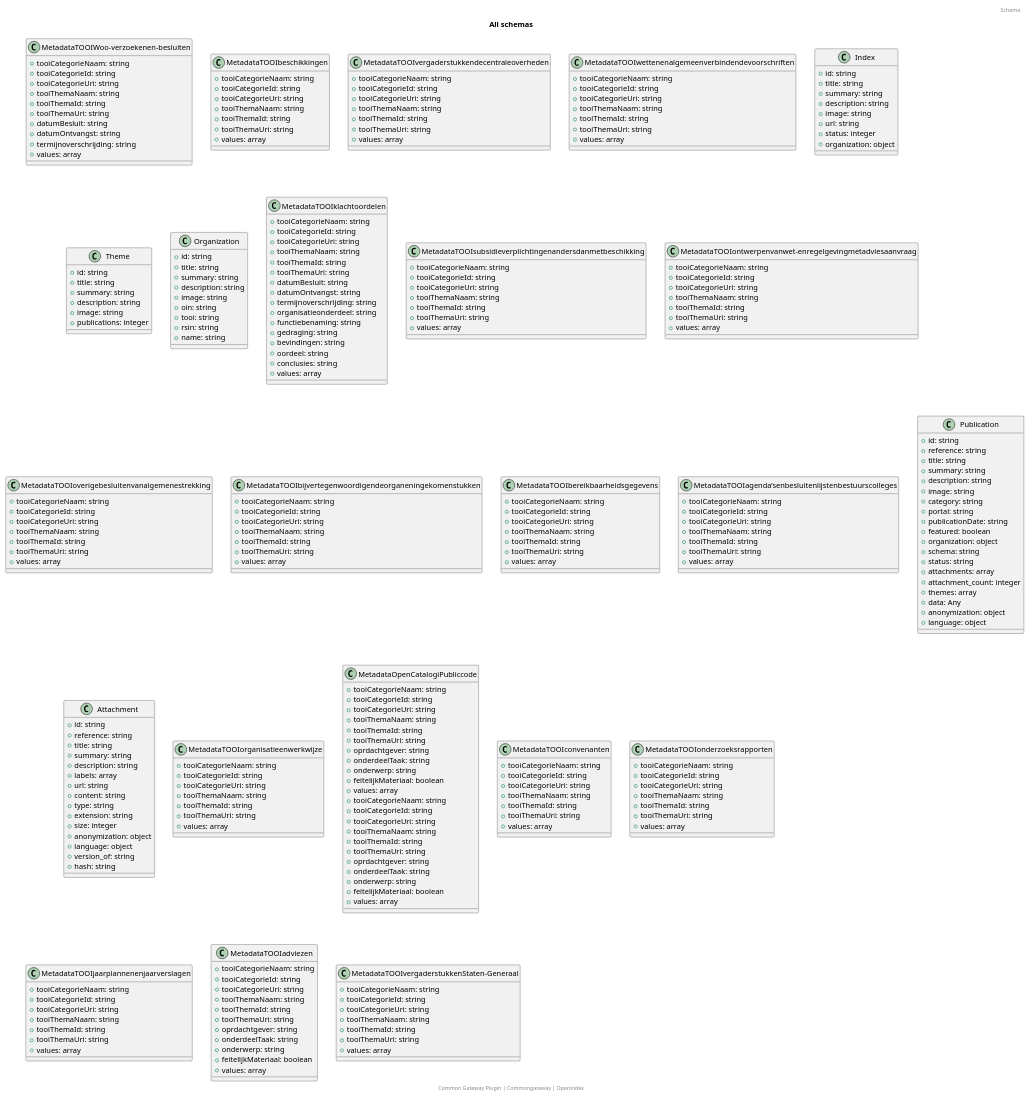
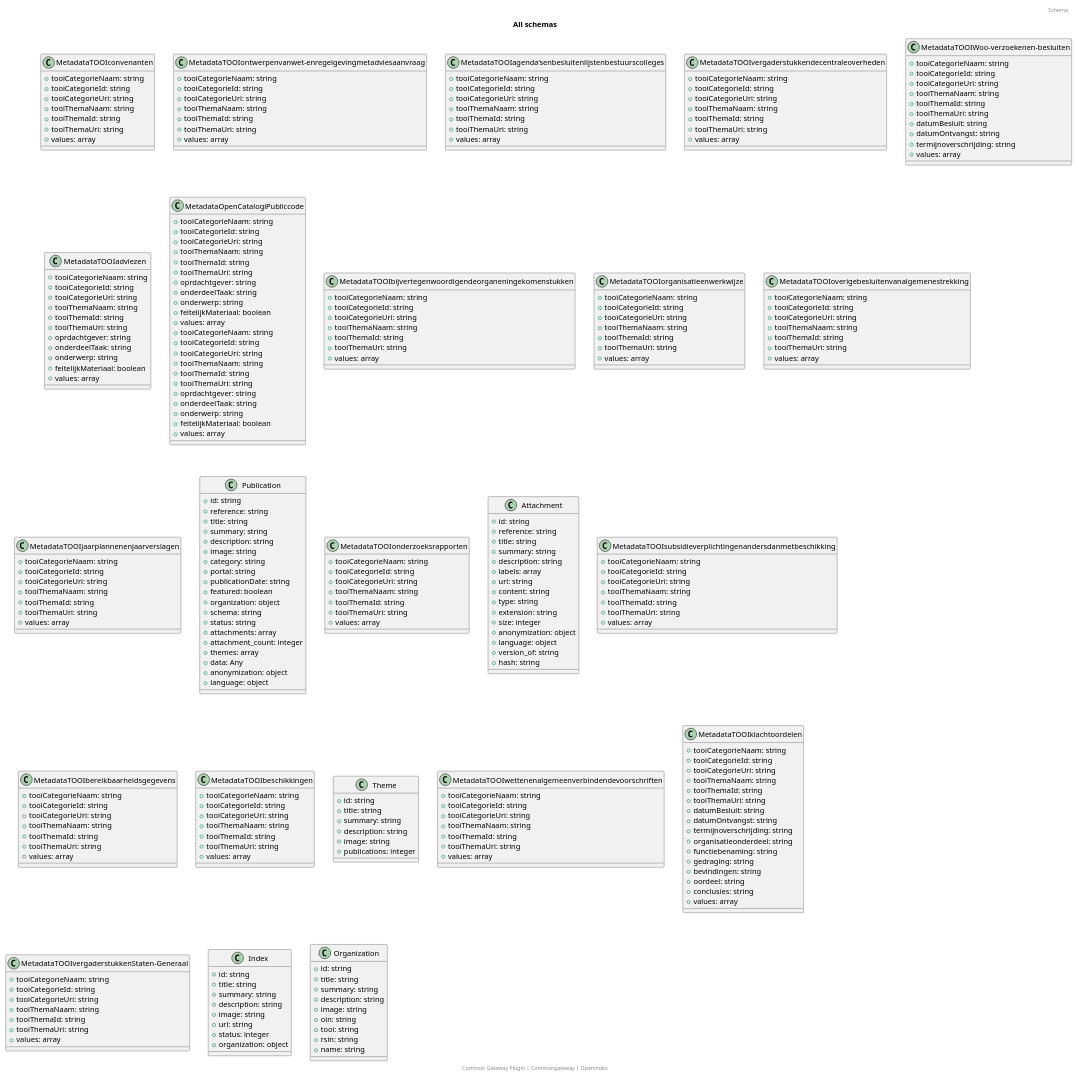
One commit to CommonGateway/OpenIndex changed the diagram in docs/schema/all_schema_classes.puml. Above: the diagram before and after it, drawn with PlantUML. The commit also changed other lines of this file and 1 other file, not shown here.

```diff
--- a/docs/schema/all_schema_classes.puml
+++ b/docs/schema/all_schema_classes.puml
@@ -2,19 +2,25 @@
 title: All schemas
 footer: Common Gateway Plugin | Commongateway | Openindex 
 header: Schema
-class MetadataTOOIWoo-verzoekenen-besluiten {
+class MetadataTOOIconvenanten {
   + tooiCategorieNaam: string
   + tooiCategorieId: string
   + tooiCategorieUri: string
   + tooiThemaNaam: string
   + tooiThemaId: string
   + tooiThemaUri: string
-  + datumBesluit: string
-  + datumOntvangst: string
-  + termijnoverschrijding: string
   + values: array
 }
-class MetadataTOOIbeschikkingen {
+class MetadataTOOIontwerpenvanwet-enregelgevingmetadviesaanvraag {
+  + tooiCategorieNaam: string
+  + tooiCategorieId: string
+  + tooiCategorieUri: string
+  + tooiThemaNaam: string
+  + tooiThemaId: string
+  + tooiThemaUri: string
+  + values: array
+}
+class MetadataTOOIagenda’senbesluitenlijstenbestuurscolleges {
   + tooiCategorieNaam: string
   + tooiCategorieId: string
   + tooiCategorieUri: string
@@ -32,45 +38,7 @@
   + tooiThemaUri: string
   + values: array
 }
-class MetadataTOOIwettenenalgemeenverbindendevoorschriften {
-  + tooiCategorieNaam: string
-  + tooiCategorieId: string
-  + tooiCategorieUri: string
-  + tooiThemaNaam: string
-  + tooiThemaId: string
-  + tooiThemaUri: string
-  + values: array
-}
-class Index {
-  + id: string
-  + title: string
-  + summary: string
-  + description: string
-  + image: string
-  + url: string
-  + status: integer
-  + organization: object
-}
-class Theme {
-  + id: string
-  + title: string
-  + summary: string
-  + description: string
-  + image: string
-  + publications: integer
-}
-class Organization {
-  + id: string
-  + title: string
-  + summary: string
-  + description: string
-  + image: string
-  + oin: string
-  + tooi: string
-  + rsin: string
-  + name: string
-}
-class MetadataTOOIklachtoordelen {
+class MetadataTOOIWoo-verzoekenen-besluiten {
   + tooiCategorieNaam: string
   + tooiCategorieId: string
   + tooiCategorieUri: string
@@ -80,153 +48,6 @@
   + datumBesluit: string
   + datumOntvangst: string
   + termijnoverschrijding: string
-  + organisatieonderdeel: string
-  + functiebenaming: string
-  + gedraging: string
-  + bevindingen: string
-  + oordeel: string
-  + conclusies: string
-  + values: array
-}
-class MetadataTOOIsubsidieverplichtingenandersdanmetbeschikking {
-  + tooiCategorieNaam: string
-  + tooiCategorieId: string
-  + tooiCategorieUri: string
-  + tooiThemaNaam: string
-  + tooiThemaId: string
-  + tooiThemaUri: string
-  + values: array
-}
-class MetadataTOOIontwerpenvanwet-enregelgevingmetadviesaanvraag {
-  + tooiCategorieNaam: string
-  + tooiCategorieId: string
-  + tooiCategorieUri: string
-  + tooiThemaNaam: string
-  + tooiThemaId: string
-  + tooiThemaUri: string
-  + values: array
-}
-class MetadataTOOIoverigebesluitenvanalgemenestrekking {
-  + tooiCategorieNaam: string
-  + tooiCategorieId: string
-  + tooiCategorieUri: string
-  + tooiThemaNaam: string
-  + tooiThemaId: string
-  + tooiThemaUri: string
-  + values: array
-}
-class MetadataTOOIbijvertegenwoordigendeorganeningekomenstukken {
-  + tooiCategorieNaam: string
-  + tooiCategorieId: string
-  + tooiCategorieUri: string
-  + tooiThemaNaam: string
-  + tooiThemaId: string
-  + tooiThemaUri: string
-  + values: array
-}
-class MetadataTOOIbereikbaarheidsgegevens {
-  + tooiCategorieNaam: string
-  + tooiCategorieId: string
-  + tooiCategorieUri: string
-  + tooiThemaNaam: string
-  + tooiThemaId: string
-  + tooiThemaUri: string
-  + values: array
-}
-class MetadataTOOIagenda’senbesluitenlijstenbestuurscolleges {
-  + tooiCategorieNaam: string
-  + tooiCategorieId: string
-  + tooiCategorieUri: string
-  + tooiThemaNaam: string
-  + tooiThemaId: string
-  + tooiThemaUri: string
-  + values: array
-}
-class Publication {
-  + id: string
-  + reference: string
-  + title: string
-  + summary: string
-  + description: string
-  + image: string
-  + category: string
-  + portal: string
-  + publicationDate: string
-  + featured: boolean
-  + organization: object
-  + schema: string
-  + status: string
-  + attachments: array
-  + attachment_count: integer
-  + themes: array
-  + data: Any
-  + anonymization: object
-  + language: object
-}
-class Attachment {
-  + id: string
-  + reference: string
-  + title: string
-  + summary: string
-  + description: string
-  + labels: array
-  + url: string
-  + content: string
-  + type: string
-  + extension: string
-  + size: integer
-  + anonymization: object
-  + language: object
-  + version_of: string
-  + hash: string
-}
-class MetadataTOOIorganisatieenwerkwijze {
-  + tooiCategorieNaam: string
-  + tooiCategorieId: string
-  + tooiCategorieUri: string
-  + tooiThemaNaam: string
-  + tooiThemaId: string
-  + tooiThemaUri: string
-  + values: array
-}
-class MetadataOpenCatalogiPubliccode {
-  + tooiCategorieNaam: string
-  + tooiCategorieId: string
-  + tooiCategorieUri: string
-  + tooiThemaNaam: string
-  + tooiThemaId: string
-  + tooiThemaUri: string
-  + oprdachtgever: string
-  + onderdeelTaak: string
-  + onderwerp: string
-  + feitelijkMateriaal: boolean
-  + values: array
-}
-class MetadataTOOIconvenanten {
-  + tooiCategorieNaam: string
-  + tooiCategorieId: string
-  + tooiCategorieUri: string
-  + tooiThemaNaam: string
-  + tooiThemaId: string
-  + tooiThemaUri: string
-  + values: array
-}
-class MetadataTOOIonderzoeksrapporten {
-  + tooiCategorieNaam: string
-  + tooiCategorieId: string
-  + tooiCategorieUri: string
-  + tooiThemaNaam: string
-  + tooiThemaId: string
-  + tooiThemaUri: string
-  + values: array
-}
-class MetadataTOOIjaarplannenenjaarverslagen {
-  + tooiCategorieNaam: string
-  + tooiCategorieId: string
-  + tooiCategorieUri: string
-  + tooiThemaNaam: string
-  + tooiThemaId: string
-  + tooiThemaUri: string
   + values: array
 }
 class MetadataTOOIadviezen {
@@ -255,6 +76,164 @@
   + feitelijkMateriaal: boolean
   + values: array
 }
+class MetadataTOOIbijvertegenwoordigendeorganeningekomenstukken {
+  + tooiCategorieNaam: string
+  + tooiCategorieId: string
+  + tooiCategorieUri: string
+  + tooiThemaNaam: string
+  + tooiThemaId: string
+  + tooiThemaUri: string
+  + values: array
+}
+class MetadataTOOIorganisatieenwerkwijze {
+  + tooiCategorieNaam: string
+  + tooiCategorieId: string
+  + tooiCategorieUri: string
+  + tooiThemaNaam: string
+  + tooiThemaId: string
+  + tooiThemaUri: string
+  + values: array
+}
+class MetadataTOOIoverigebesluitenvanalgemenestrekking {
+  + tooiCategorieNaam: string
+  + tooiCategorieId: string
+  + tooiCategorieUri: string
+  + tooiThemaNaam: string
+  + tooiThemaId: string
+  + tooiThemaUri: string
+  + values: array
+}
+class MetadataTOOIjaarplannenenjaarverslagen {
+  + tooiCategorieNaam: string
+  + tooiCategorieId: string
+  + tooiCategorieUri: string
+  + tooiThemaNaam: string
+  + tooiThemaId: string
+  + tooiThemaUri: string
+  + values: array
+}
+class MetadataOpenCatalogiPubliccode {
+  + tooiCategorieNaam: string
+  + tooiCategorieId: string
+  + tooiCategorieUri: string
+  + tooiThemaNaam: string
+  + tooiThemaId: string
+  + tooiThemaUri: string
+  + oprdachtgever: string
+  + onderdeelTaak: string
+  + onderwerp: string
+  + feitelijkMateriaal: boolean
+  + values: array
+}
+class Publication {
+  + id: string
+  + reference: string
+  + title: string
+  + summary: string
+  + description: string
+  + image: string
+  + category: string
+  + portal: string
+  + publicationDate: string
+  + featured: boolean
+  + organization: object
+  + schema: string
+  + status: string
+  + attachments: array
+  + attachment_count: integer
+  + themes: array
+  + data: Any
+  + anonymization: object
+  + language: object
+}
+class MetadataTOOIonderzoeksrapporten {
+  + tooiCategorieNaam: string
+  + tooiCategorieId: string
+  + tooiCategorieUri: string
+  + tooiThemaNaam: string
+  + tooiThemaId: string
+  + tooiThemaUri: string
+  + values: array
+}
+class Attachment {
+  + id: string
+  + reference: string
+  + title: string
+  + summary: string
+  + description: string
+  + labels: array
+  + url: string
+  + content: string
+  + type: string
+  + extension: string
+  + size: integer
+  + anonymization: object
+  + language: object
+  + version_of: string
+  + hash: string
+}
+class MetadataTOOIsubsidieverplichtingenandersdanmetbeschikking {
+  + tooiCategorieNaam: string
+  + tooiCategorieId: string
+  + tooiCategorieUri: string
+  + tooiThemaNaam: string
+  + tooiThemaId: string
+  + tooiThemaUri: string
+  + values: array
+}
+class MetadataTOOIbereikbaarheidsgegevens {
+  + tooiCategorieNaam: string
+  + tooiCategorieId: string
+  + tooiCategorieUri: string
+  + tooiThemaNaam: string
+  + tooiThemaId: string
+  + tooiThemaUri: string
+  + values: array
+}
+class MetadataTOOIbeschikkingen {
+  + tooiCategorieNaam: string
+  + tooiCategorieId: string
+  + tooiCategorieUri: string
+  + tooiThemaNaam: string
+  + tooiThemaId: string
+  + tooiThemaUri: string
+  + values: array
+}
+class Theme {
+  + id: string
+  + title: string
+  + summary: string
+  + description: string
+  + image: string
+  + publications: integer
+}
+class MetadataTOOIwettenenalgemeenverbindendevoorschriften {
+  + tooiCategorieNaam: string
+  + tooiCategorieId: string
+  + tooiCategorieUri: string
+  + tooiThemaNaam: string
+  + tooiThemaId: string
+  + tooiThemaUri: string
+  + values: array
+}
+class MetadataTOOIklachtoordelen {
+  + tooiCategorieNaam: string
+  + tooiCategorieId: string
+  + tooiCategorieUri: string
+  + tooiThemaNaam: string
+  + tooiThemaId: string
+  + tooiThemaUri: string
+  + datumBesluit: string
+  + datumOntvangst: string
+  + termijnoverschrijding: string
+  + organisatieonderdeel: string
+  + functiebenaming: string
+  + gedraging: string
+  + bevindingen: string
+  + oordeel: string
+  + conclusies: string
+  + values: array
+}
 class MetadataTOOIvergaderstukkenStaten-Generaal {
   + tooiCategorieNaam: string
   + tooiCategorieId: string
@@ -264,4 +243,25 @@
   + tooiThemaUri: string
   + values: array
 }
+class Index {
+  + id: string
+  + title: string
+  + summary: string
+  + description: string
+  + image: string
+  + url: string
+  + status: integer
+  + organization: object
+}
+class Organization {
+  + id: string
+  + title: string
+  + summary: string
+  + description: string
+  + image: string
+  + oin: string
+  + tooi: string
+  + rsin: string
+  + name: string
+}
 @enduml
```
